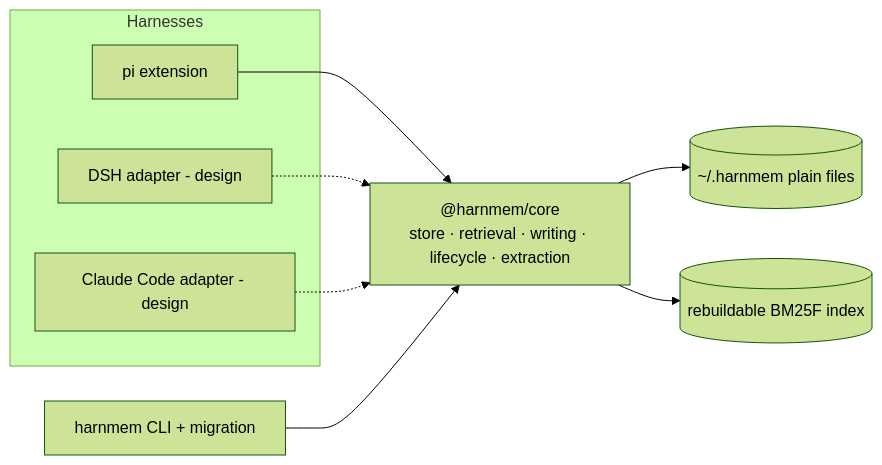
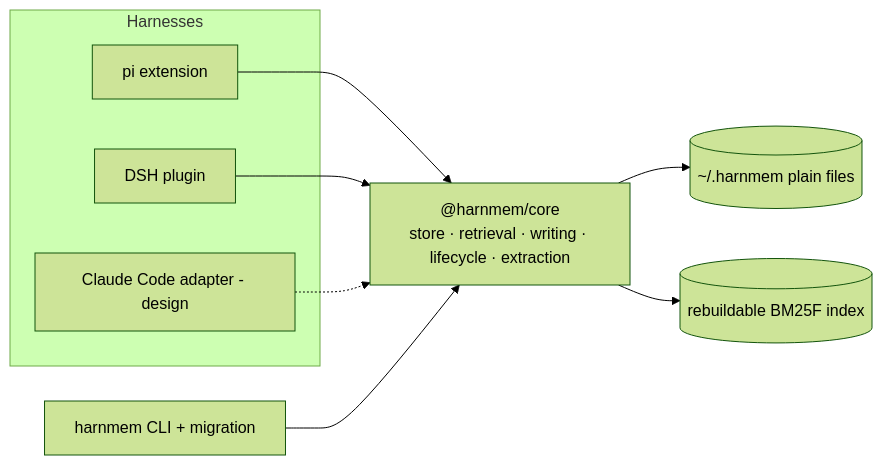
One commit to ys118/harnmem changed the diagram in README.md. Above: the diagram before and after it, drawn with Mermaid (forest theme). The commit also changed other lines of this file and 30 other files, not shown here.

Commit message:
feat: add dsh-harnmem adapter with cold-start hot-index fallback

````diff
--- a/README.md
+++ b/README.md
@@ -119,16 +134,16 @@
 ```mermaid
 flowchart LR
   subgraph Harnesses
     PI[pi extension]
-    DSH[DSH adapter - design]
+    DSH[DSH plugin]
     CC[Claude Code adapter - design]
   end
   CLI[harnmem CLI + migration]
   CORE["@harnmem/core<br/>store · retrieval · writing · lifecycle · extraction"]
   PI --> CORE
-  DSH -.-> CORE
+  DSH --> CORE
   CC -.-> CORE
   CLI --> CORE
   CORE --> STD[(~/.harnmem plain files)]
   CORE --> IDX[(rebuildable BM25F index)]
 ```
````
